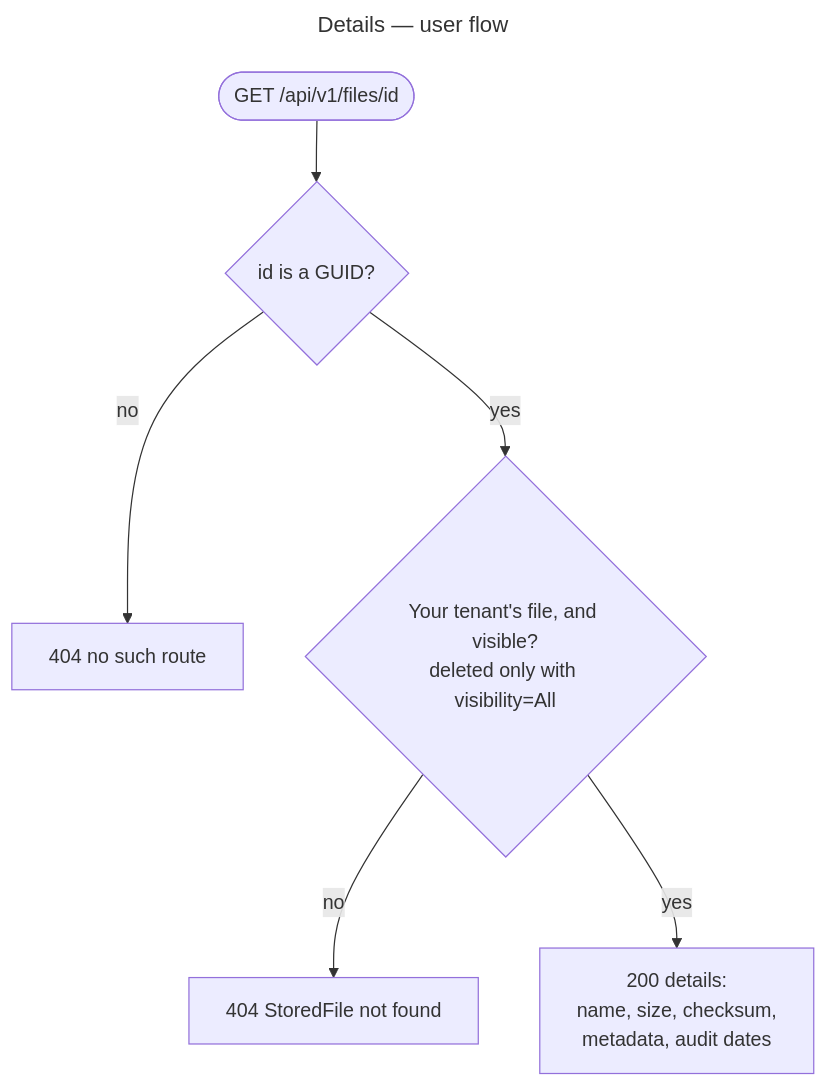
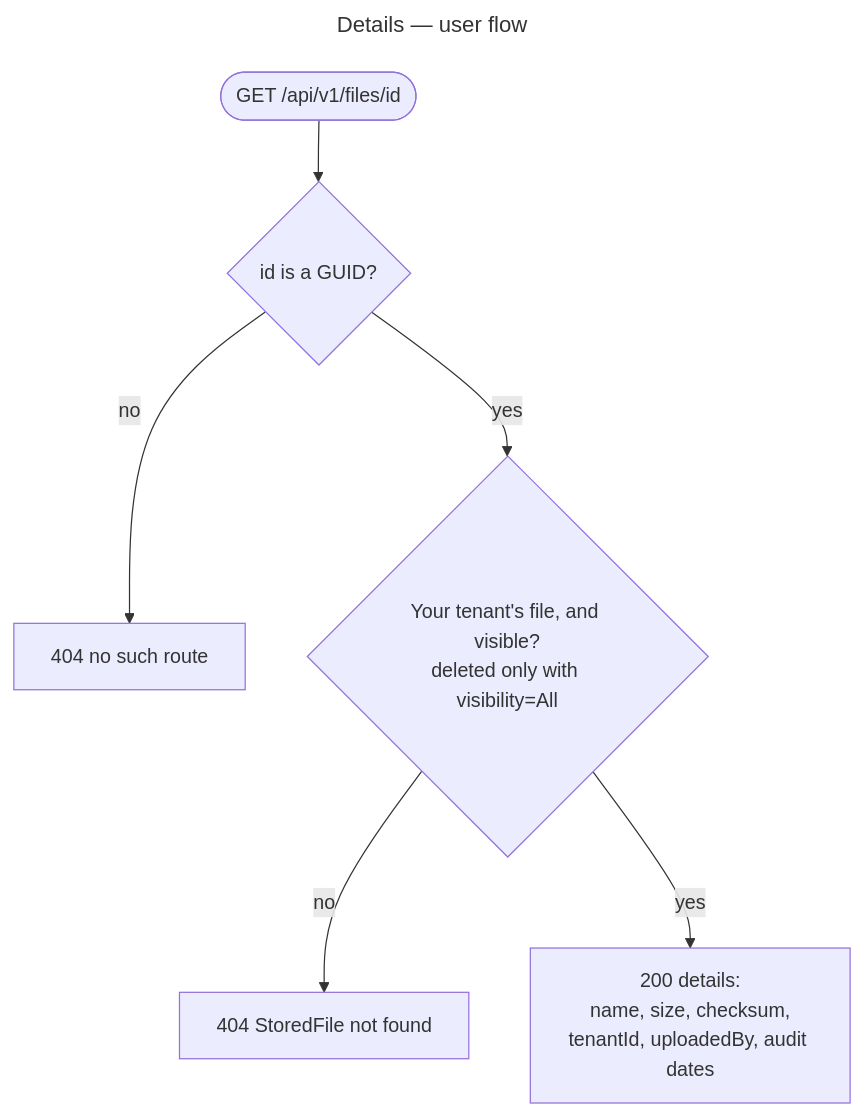
The sixth of 11 diagrams in docs/user-flows.md (gmetskhvarishvili/GM.FileStorage.Samples), drawn with Mermaid before and after one commit. The commit also changed other lines of this file and 26 other files, not shown here.

First line of the commit message:
refactor!: tenant as a column, uploader from created_by, no metadata rows

````diff
--- a/docs/user-flows.md
+++ b/docs/user-flows.md
@@ -148,11 +148,11 @@
 ```mermaid
 ---
 title: Details — user flow
 ---
 flowchart TD
     start([GET /api/v1/files/id]) --> guid{id is a GUID?}
     guid -- no --> n404[404 no such route]
     guid -- yes --> exists{Your tenant's file, and visible?<br/>deleted only with visibility=All}
     exists -- no --> f404[404 StoredFile not found]
-    exists -- yes --> ok[200 details:<br/>name, size, checksum,<br/>metadata, audit dates]
+    exists -- yes --> ok[200 details:<br/>name, size, checksum,<br/>tenantId, uploadedBy, audit dates]
 ```
````
